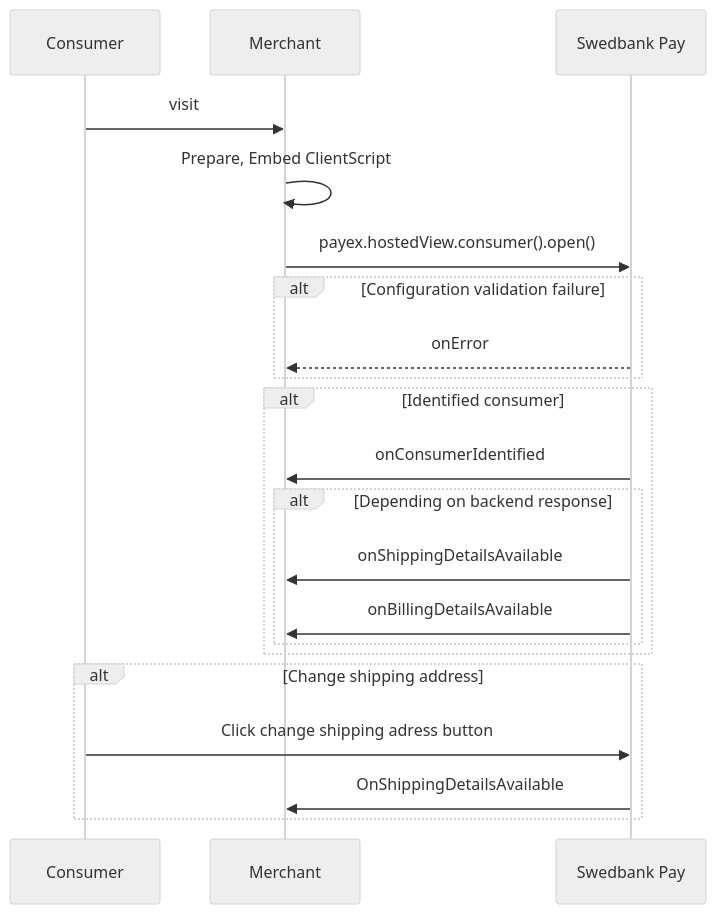
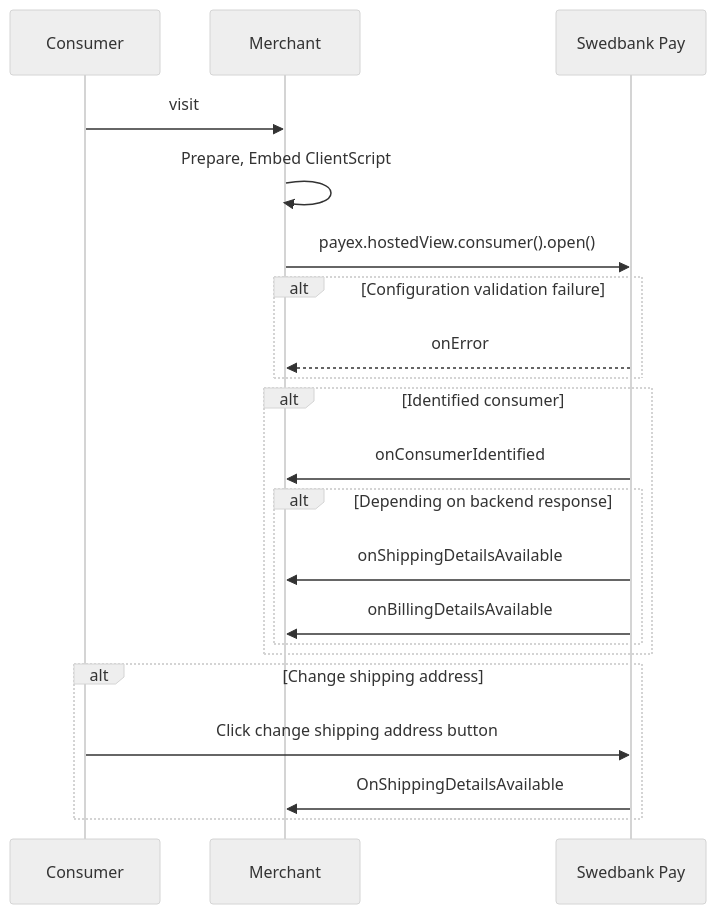
Before and after one commit to SwedbankPay/developer.swedbankpay.com: the diagram in _includes/checkin-events.md, drawn with Mermaid (neutral theme). The commit also changed 62 other files, not shown here.

````diff
--- a/_includes/checkin-events.md
+++ b/_includes/checkin-events.md
@@ -10,23 +10,23 @@
 ```mermaid
 sequenceDiagram
   participant Consumer
   participant Merchant
   participant SwedbankPay as Swedbank Pay
   Consumer ->> Merchant: visit
   Merchant ->> Merchant: Prepare, Embed ClientScript
   Merchant ->> SwedbankPay: payex.hostedView.consumer().open()
   alt Configuration validation failure
     SwedbankPay -->> Merchant: onError
   end
   alt Identified consumer
       SwedbankPay->>Merchant: onConsumerIdentified
       alt Depending on backend response
         SwedbankPay->>Merchant: onShippingDetailsAvailable
         SwedbankPay->>Merchant: onBillingDetailsAvailable
       end
   end
   alt Change shipping address
-    Consumer->>SwedbankPay: Click change shipping adress button
+    Consumer->>SwedbankPay: Click change shipping address button
     SwedbankPay->>Merchant: OnShippingDetailsAvailable
   end
 ```
````
